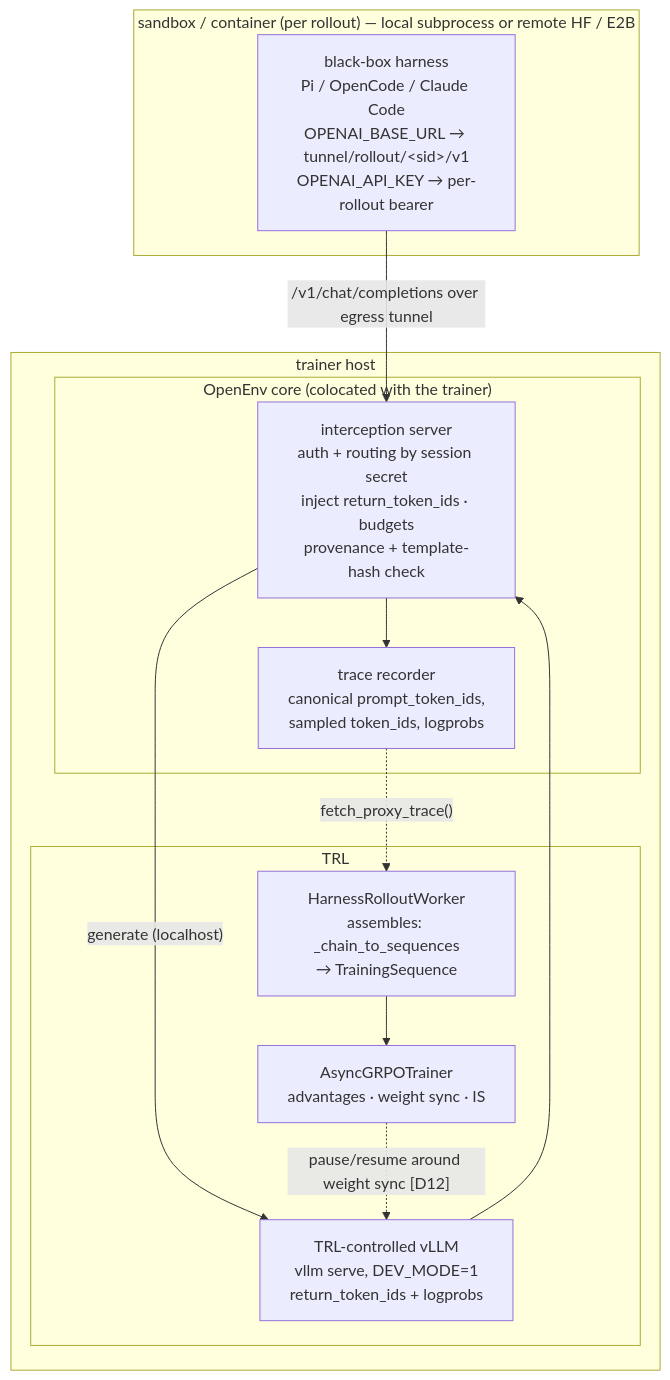
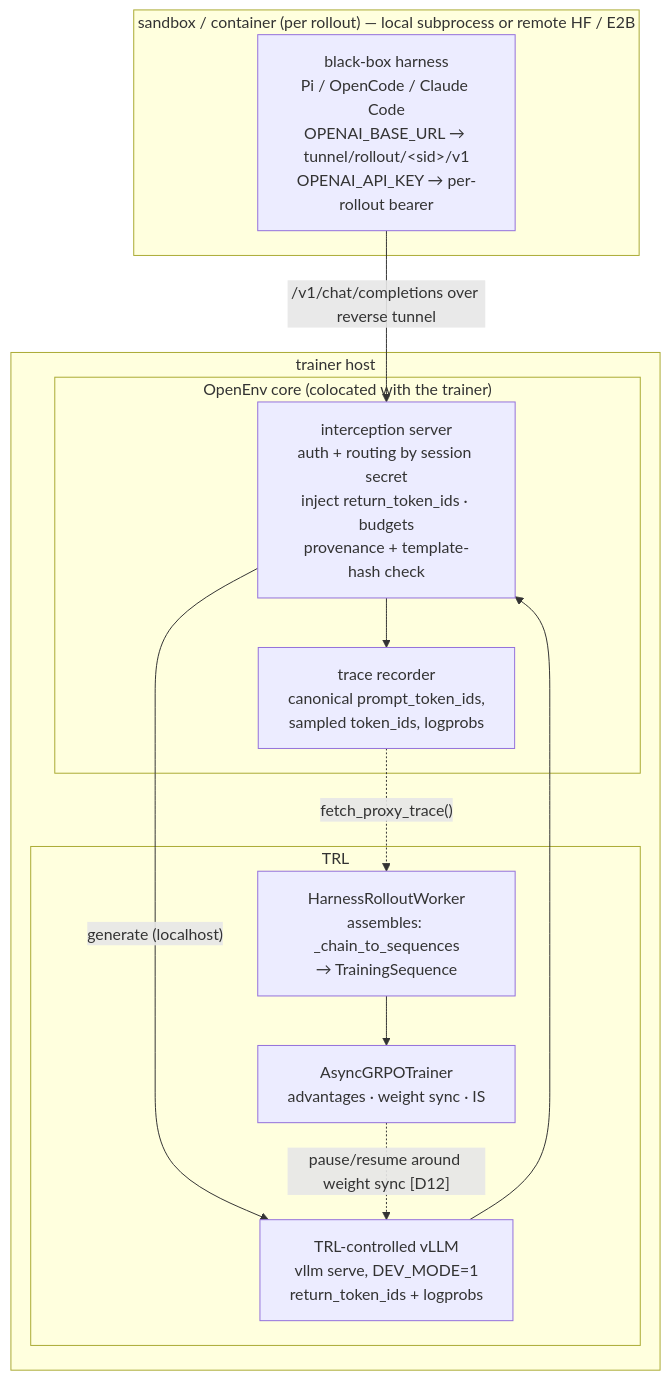
The first of 3 diagrams in rfcs/006-agentic-rl-harness-interception.md (meta-pytorch/OpenEnv), drawn with Mermaid before and after one commit. The commit also changed other lines of this file, not shown here.

````diff
--- a/rfcs/006-agentic-rl-harness-interception.md
+++ b/rfcs/006-agentic-rl-harness-interception.md
@@ -97,24 +97,24 @@
 ```mermaid
 flowchart TD
     subgraph sandbox["sandbox / container (per rollout) — local subprocess or remote HF / E2B"]
         H["black-box harness<br/>Pi / OpenCode / Claude Code<br/>OPENAI_BASE_URL → tunnel/rollout/&lt;sid&gt;/v1<br/>OPENAI_API_KEY → per-rollout bearer"]
     end
     subgraph host["trainer host"]
         subgraph core["OpenEnv core (colocated with the trainer)"]
             S["interception server<br/>auth + routing by session secret<br/>inject return_token_ids · budgets<br/>provenance + template-hash check"]
             R["trace recorder<br/>canonical prompt_token_ids,<br/>sampled token_ids, logprobs"]
             S --> R
         end
         subgraph trl["TRL"]
             V["TRL-controlled vLLM<br/>vllm serve, DEV_MODE=1<br/>return_token_ids + logprobs"]
             W["HarnessRolloutWorker<br/>assembles: _chain_to_sequences<br/>→ TrainingSequence"]
             G["AsyncGRPOTrainer<br/>advantages · weight sync · IS"]
             W --> G
         end
     end
-    H -->|"/v1/chat/completions over egress tunnel"| S
+    H -->|"/v1/chat/completions over reverse tunnel"| S
     S -->|"generate (localhost)"| V
     V --> S
     R -.->|"fetch_proxy_trace()"| W
     G -.->|"pause/resume around weight sync [D12]"| V
 ```
````
